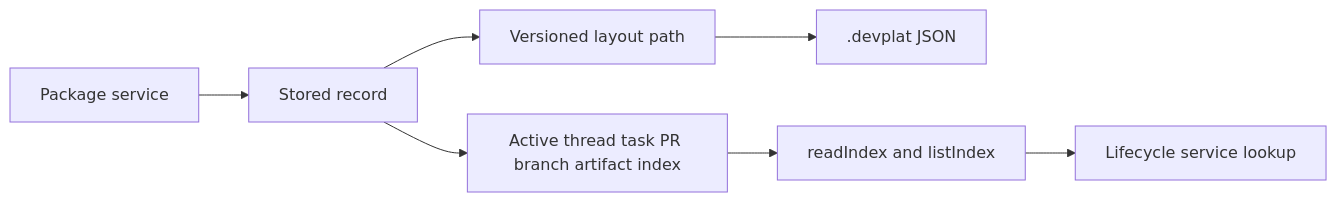
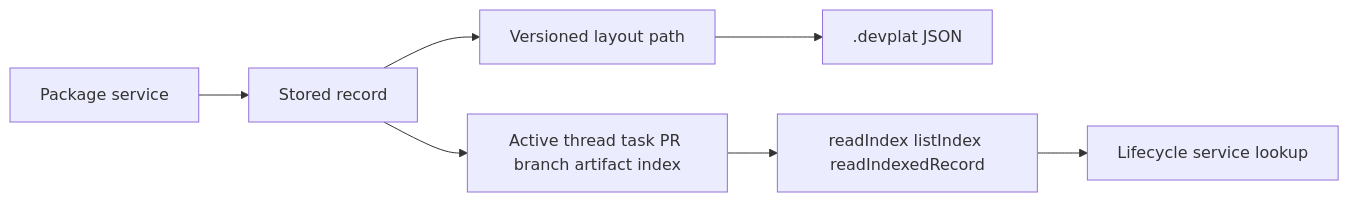
One commit to VannaDii/ironloom changed the diagram in packages/storage/README.md. Above: the diagram before and after it, drawn with Mermaid. The commit also changed other lines of this file and 11 other files, not shown here.

````diff
--- a/packages/storage/README.md
+++ b/packages/storage/README.md
@@ -13,9 +13,9 @@
 ```mermaid
 flowchart LR
   Service[Package service] --> Record[Stored record]
   Record --> Layout[Versioned layout path]
   Record --> Index[Active thread task PR branch artifact index]
   Layout --> Disk[.devplat JSON]
-  Index --> Lookup[readIndex and listIndex]
+  Index --> Lookup[readIndex listIndex readIndexedRecord]
   Lookup --> Caller[Lifecycle service lookup]
 ```
````
